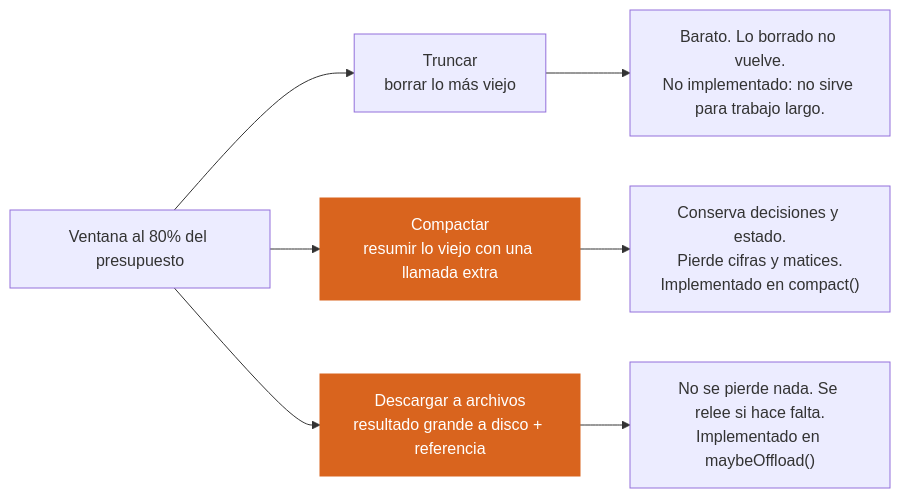
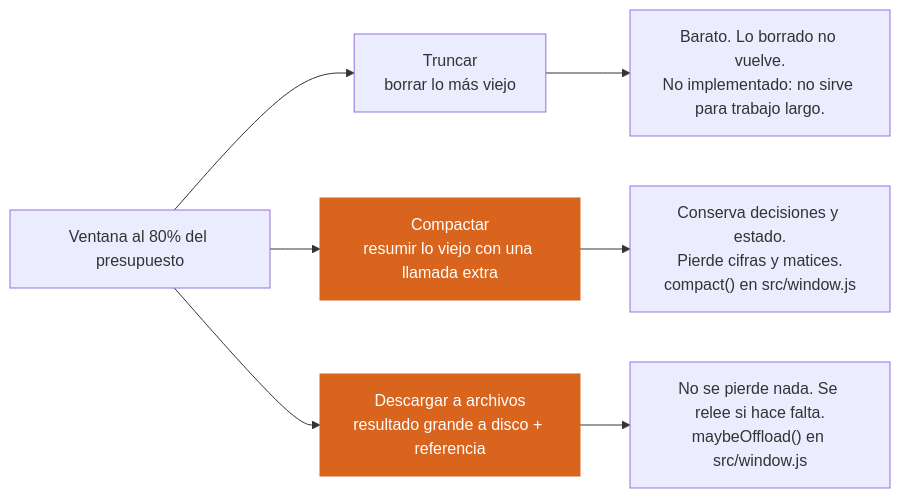
One commit to ada-school/ada-harness changed the eighth of 15 diagrams in README.md. Above: the diagram before and after it, drawn with Mermaid. The commit also changed other lines of this file and 58 other files, not shown here.

````diff
--- a/README.md
+++ b/README.md
@@ -364,11 +392,11 @@
 ```mermaid
 flowchart LR
     FULL["Ventana al 80% del presupuesto"] --> T1
     FULL --> T2
     FULL --> T3
     T1["Truncar<br/>borrar lo más viejo"] --> R1["Barato. Lo borrado no vuelve.<br/>No implementado: no sirve para trabajo largo."]
-    T2["Compactar<br/>resumir lo viejo con una llamada extra"] --> R2["Conserva decisiones y estado.<br/>Pierde cifras y matices.<br/>Implementado en compact()"]
-    T3["Descargar a archivos<br/>resultado grande a disco + referencia"] --> R3["No se pierde nada. Se relee si hace falta.<br/>Implementado en maybeOffload()"]
+    T2["Compactar<br/>resumir lo viejo con una llamada extra"] --> R2["Conserva decisiones y estado.<br/>Pierde cifras y matices.<br/>compact() en src/window.js"]
+    T3["Descargar a archivos<br/>resultado grande a disco + referencia"] --> R3["No se pierde nada. Se relee si hace falta.<br/>maybeOffload() en src/window.js"]
     style T2 fill:#d9641e,color:#fff,stroke:#d9641e
     style T3 fill:#d9641e,color:#fff,stroke:#d9641e
 ```
````
